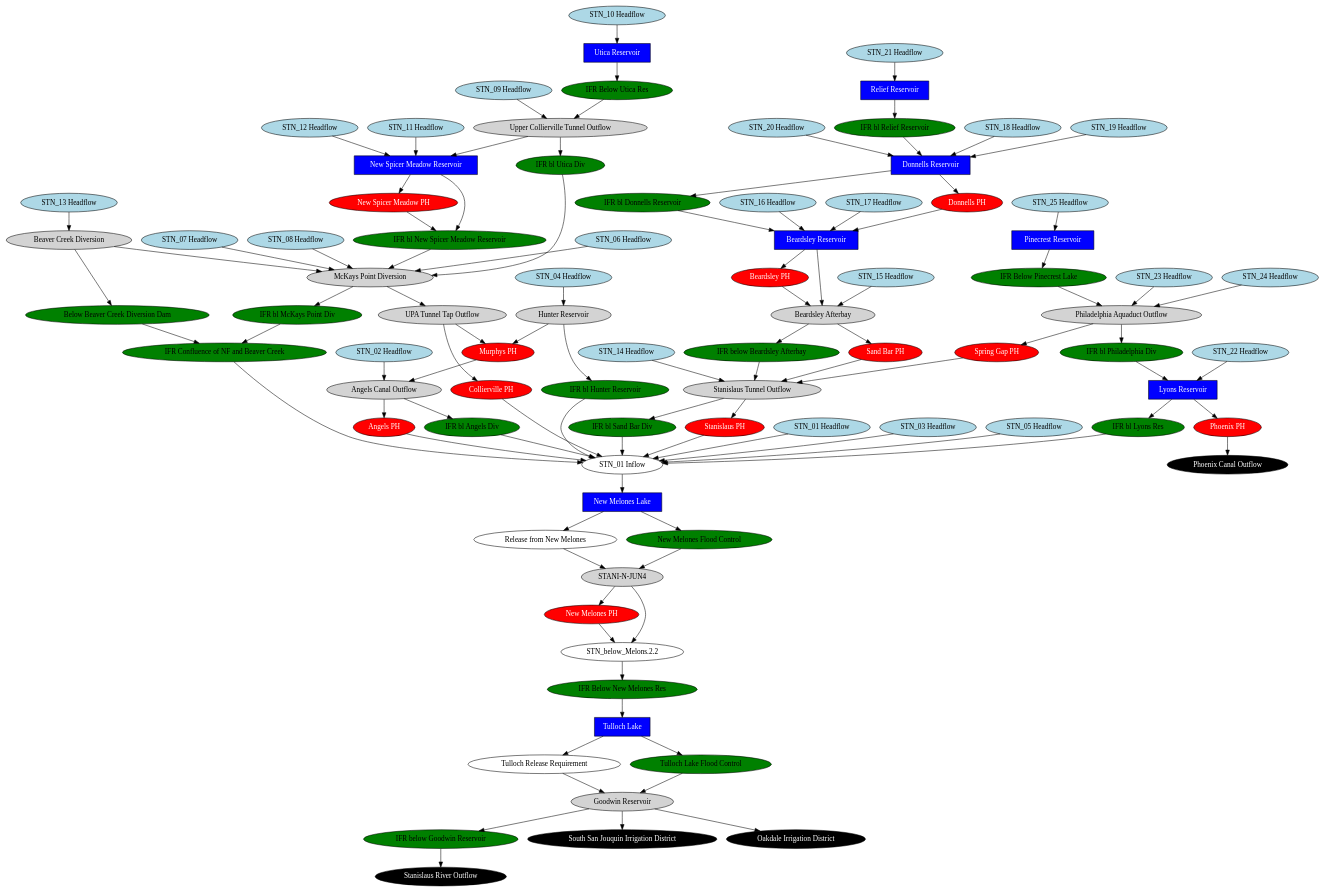
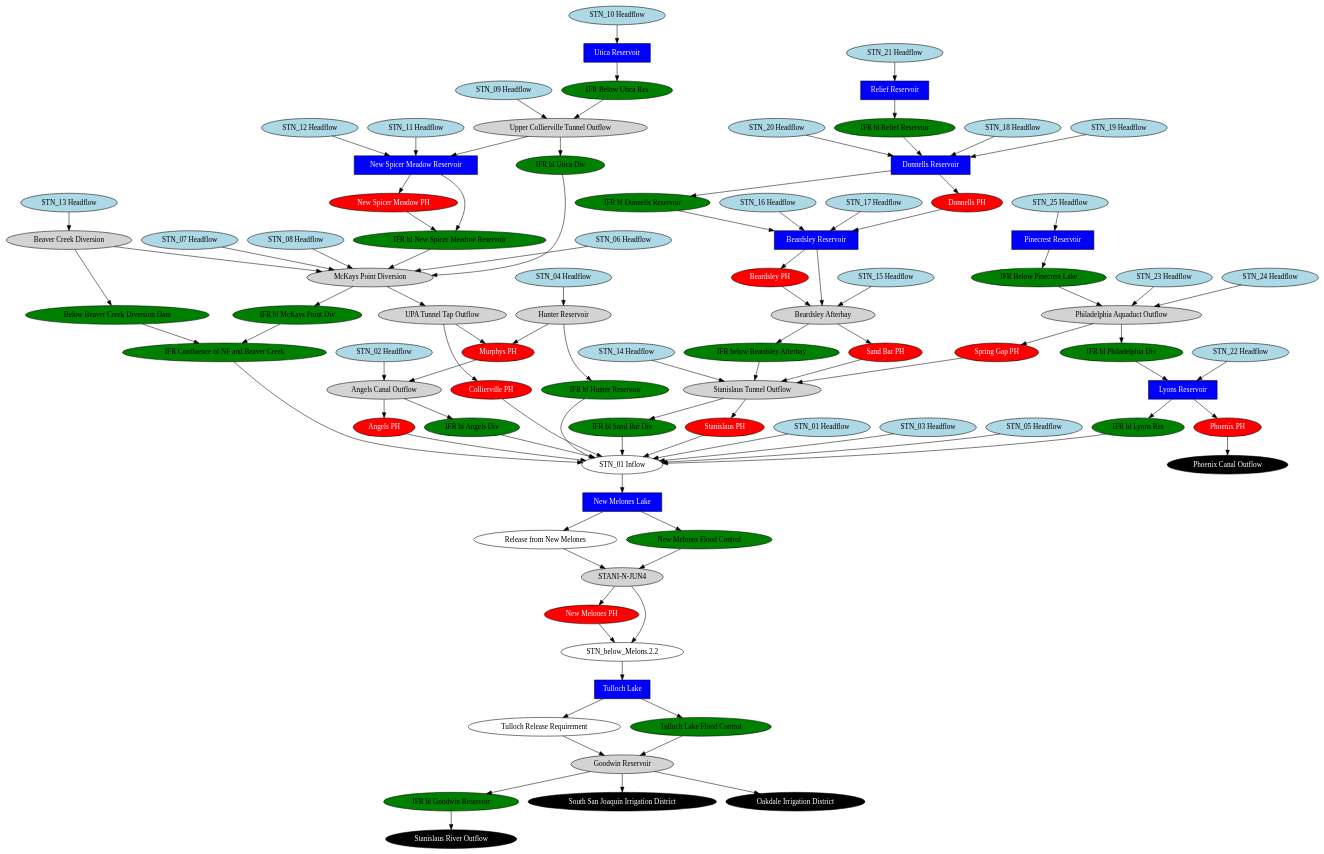
The diagram in stanislaus/stanislaus_schematic_simplified.gv (vicelab/cen-sierra-pywr), drawn with Graphviz before and after one commit. The commit also changed 18 other files, not shown here.

```diff
--- a/stanislaus/stanislaus_schematic_simplified.gv
+++ b/stanislaus/stanislaus_schematic_simplified.gv
@@ -1,183 +1,181 @@
 // stanislaus
 digraph stanislaus {
 	"Angels PH" [fillcolor=red fontcolor=white shape=oval style=filled]
 	"Angels Canal Outflow" [fillcolor=lightgrey fontcolor=black shape=oval style=filled]
 	"Beardsley Reservoir" [fillcolor=blue fontcolor=white shape=rect style=filled]
 	"Beardsley PH" [fillcolor=red fontcolor=white shape=oval style=filled]
 	"Beaver Creek Diversion" [fillcolor=lightgrey fontcolor=black shape=oval style=filled]
 	"Collierville PH" [fillcolor=red fontcolor=white shape=oval style=filled]
 	"Donnells PH" [fillcolor=red fontcolor=white shape=oval style=filled]
 	"Donnells Reservoir" [fillcolor=blue fontcolor=white shape=rect style=filled]
 	"IFR bl Angels Div" [fillcolor=green fontcolor=black shape=oval style=filled]
 	"IFR bl Donnells Reservoir" [fillcolor=green fontcolor=black shape=oval style=filled]
 	"IFR bl Hunter Reservoir" [fillcolor=green fontcolor=black shape=oval style=filled]
 	"IFR bl Lyons Res" [fillcolor=green fontcolor=black shape=oval style=filled]
 	"IFR bl McKays Point Div" [fillcolor=green fontcolor=black shape=oval style=filled]
 	"IFR bl New Spicer Meadow Reservoir" [fillcolor=green fontcolor=black shape=oval style=filled]
 	"IFR bl Philadelphia Div" [fillcolor=green fontcolor=black shape=oval style=filled]
 	"IFR bl Relief Reservoir" [fillcolor=green fontcolor=black shape=oval style=filled]
 	"IFR bl Sand Bar Div" [fillcolor=green fontcolor=black shape=oval style=filled]
 	"IFR bl Utica Div" [fillcolor=green fontcolor=black shape=oval style=filled]
 	"Below Beaver Creek Diversion Dam" [fillcolor=green fontcolor=black shape=oval style=filled]
 	"IFR Confluence of NF and Beaver Creek" [fillcolor=green fontcolor=black shape=oval style=filled]
-	"IFR Below New Melones Res" [fillcolor=green fontcolor=black shape=oval style=filled]
-	"IFR below Goodwin Reservoir" [fillcolor=green fontcolor=black shape=oval style=filled]
+	"IFR bl Goodwin Reservoir" [fillcolor=green fontcolor=black shape=oval style=filled]
 	"IFR Below Pinecrest Lake" [fillcolor=green fontcolor=black shape=oval style=filled]
 	"IFR Below Utica Res" [fillcolor=green fontcolor=black shape=oval style=filled]
 	"IFR below Beardsley Afterbay" [fillcolor=green fontcolor=black shape=oval style=filled]
 	"Hunter Reservoir" [fillcolor=lightgrey fontcolor=black shape=oval style=filled]
 	"Lyons Reservoir" [fillcolor=blue fontcolor=white shape=rect style=filled]
 	"McKays Point Diversion" [fillcolor=lightgrey fontcolor=black shape=oval style=filled]
 	"Murphys PH" [fillcolor=red fontcolor=white shape=oval style=filled]
 	"New Melones Lake" [fillcolor=blue fontcolor=white shape=rect style=filled]
 	"New Melones PH" [fillcolor=red fontcolor=white shape=oval style=filled]
 	"New Spicer Meadow Reservoir" [fillcolor=blue fontcolor=white shape=rect style=filled]
 	"New Spicer Meadow PH" [fillcolor=red fontcolor=white shape=oval style=filled]
 	"Philadelphia Aquaduct Outflow" [fillcolor=lightgrey fontcolor=black shape=oval style=filled]
 	"Phoenix Canal Outflow" [fillcolor=black fontcolor=white shape=oval style=filled]
 	"Phoenix PH" [fillcolor=red fontcolor=white shape=oval style=filled]
 	"Pinecrest Reservoir" [fillcolor=blue fontcolor=white shape=rect style=filled]
 	"Relief Reservoir" [fillcolor=blue fontcolor=white shape=rect style=filled]
 	"Sand Bar PH" [fillcolor=red fontcolor=white shape=oval style=filled]
 	"Beardsley Afterbay" [fillcolor=lightgrey fontcolor=black shape=oval style=filled]
 	"Spring Gap PH" [fillcolor=red fontcolor=white shape=oval style=filled]
 	"Stanislaus PH" [fillcolor=red fontcolor=white shape=oval style=filled]
 	"Stanislaus Tunnel Outflow" [fillcolor=lightgrey fontcolor=black shape=oval style=filled]
-	"South San Jouquin Irrigation District" [fillcolor=black fontcolor=white shape=oval style=filled]
+	"South San Joaquin Irrigation District" [fillcolor=black fontcolor=white shape=oval style=filled]
 	"Oakdale Irrigation District" [fillcolor=black fontcolor=white shape=oval style=filled]
 	"Stanislaus River Outflow" [fillcolor=black fontcolor=white shape=oval style=filled]
 	"STN_01 Headflow" [fillcolor=lightblue fontcolor=black shape=oval style=filled]
 	"STN_01 Inflow" [fillcolor=white fontcolor=black shape=oval style=filled]
 	"STN_02 Headflow" [fillcolor=lightblue fontcolor=black shape=oval style=filled]
 	"STN_03 Headflow" [fillcolor=lightblue fontcolor=black shape=oval style=filled]
 	"STN_04 Headflow" [fillcolor=lightblue fontcolor=black shape=oval style=filled]
 	"STN_05 Headflow" [fillcolor=lightblue fontcolor=black shape=oval style=filled]
 	"STN_06 Headflow" [fillcolor=lightblue fontcolor=black shape=oval style=filled]
 	"STN_07 Headflow" [fillcolor=lightblue fontcolor=black shape=oval style=filled]
 	"STN_08 Headflow" [fillcolor=lightblue fontcolor=black shape=oval style=filled]
 	"STN_09 Headflow" [fillcolor=lightblue fontcolor=black shape=oval style=filled]
 	"STN_10 Headflow" [fillcolor=lightblue fontcolor=black shape=oval style=filled]
 	"STN_11 Headflow" [fillcolor=lightblue fontcolor=black shape=oval style=filled]
 	"STN_12 Headflow" [fillcolor=lightblue fontcolor=black shape=oval style=filled]
 	"STN_13 Headflow" [fillcolor=lightblue fontcolor=black shape=oval style=filled]
 	"STN_14 Headflow" [fillcolor=lightblue fontcolor=black shape=oval style=filled]
 	"STN_15 Headflow" [fillcolor=lightblue fontcolor=black shape=oval style=filled]
 	"STN_16 Headflow" [fillcolor=lightblue fontcolor=black shape=oval style=filled]
 	"STN_17 Headflow" [fillcolor=lightblue fontcolor=black shape=oval style=filled]
 	"STN_18 Headflow" [fillcolor=lightblue fontcolor=black shape=oval style=filled]
 	"STN_19 Headflow" [fillcolor=lightblue fontcolor=black shape=oval style=filled]
 	"STN_20 Headflow" [fillcolor=lightblue fontcolor=black shape=oval style=filled]
 	"STN_21 Headflow" [fillcolor=lightblue fontcolor=black shape=oval style=filled]
 	"STN_22 Headflow" [fillcolor=lightblue fontcolor=black shape=oval style=filled]
 	"STN_23 Headflow" [fillcolor=lightblue fontcolor=black shape=oval style=filled]
 	"STN_24 Headflow" [fillcolor=lightblue fontcolor=black shape=oval style=filled]
 	"STN_25 Headflow" [fillcolor=lightblue fontcolor=black shape=oval style=filled]
 	"Tulloch Lake" [fillcolor=blue fontcolor=white shape=rect style=filled]
 	"Tulloch Release Requirement" [fillcolor=white fontcolor=black shape=oval style=filled]
 	"Tulloch Lake Flood Control" [fillcolor=green fontcolor=black shape=oval style=filled]
 	"Goodwin Reservoir" [fillcolor=lightgrey fontcolor=black shape=oval style=filled]
 	"Utica Reservoir" [fillcolor=blue fontcolor=white shape=rect style=filled]
 	"UPA Tunnel Tap Outflow" [fillcolor=lightgrey fontcolor=black shape=oval style=filled]
 	"Upper Collierville Tunnel Outflow" [fillcolor=lightgrey fontcolor=black shape=oval style=filled]
 	"Release from New Melones" [fillcolor=white fontcolor=black shape=oval style=filled]
 	"New Melones Flood Control" [fillcolor=green fontcolor=black shape=oval style=filled]
 	"STN_below_Melons.2.2" [fillcolor=white fontcolor=black shape=oval style=filled]
 	"STANI-N-JUN4" [fillcolor=lightgrey fontcolor=black shape=oval style=filled]
 	"Angels Canal Outflow" -> "Angels PH"
 	"Angels Canal Outflow" -> "IFR bl Angels Div"
 	"Donnells Reservoir" -> "Donnells PH"
 	"Donnells Reservoir" -> "IFR bl Donnells Reservoir"
 	"Upper Collierville Tunnel Outflow" -> "IFR bl Utica Div"
 	"McKays Point Diversion" -> "UPA Tunnel Tap Outflow"
 	"Hunter Reservoir" -> "IFR bl Hunter Reservoir"
 	"New Spicer Meadow Reservoir" -> "New Spicer Meadow PH"
 	"Philadelphia Aquaduct Outflow" -> "Spring Gap PH"
 	"Pinecrest Reservoir" -> "IFR Below Pinecrest Lake"
 	"Relief Reservoir" -> "IFR bl Relief Reservoir"
 	"Beardsley Afterbay" -> "Sand Bar PH"
 	"Stanislaus Tunnel Outflow" -> "Stanislaus PH"
 	"STN_01 Headflow" -> "STN_01 Inflow"
 	"McKays Point Diversion" -> "IFR bl McKays Point Div"
 	"Utica Reservoir" -> "IFR Below Utica Res"
 	"Beardsley Afterbay" -> "IFR below Beardsley Afterbay"
 	"Beardsley Reservoir" -> "Beardsley PH"
 	"UPA Tunnel Tap Outflow" -> "Collierville PH"
 	"Stanislaus Tunnel Outflow" -> "IFR bl Sand Bar Div"
 	"Lyons Reservoir" -> "IFR bl Lyons Res"
 	"Goodwin Reservoir" -> "Oakdale Irrigation District"
-	"Goodwin Reservoir" -> "IFR below Goodwin Reservoir"
-	"STN_below_Melons.2.2" -> "IFR Below New Melones Res"
-	"Goodwin Reservoir" -> "South San Jouquin Irrigation District"
+	"Goodwin Reservoir" -> "South San Joaquin Irrigation District"
+	"Goodwin Reservoir" -> "IFR bl Goodwin Reservoir"
 	"STN_01 Inflow" -> "New Melones Lake"
 	"Angels PH" -> "STN_01 Inflow"
 	"IFR bl Angels Div" -> "STN_01 Inflow"
 	"Below Beaver Creek Diversion Dam" -> "IFR Confluence of NF and Beaver Creek"
 	"Beaver Creek Diversion" -> "Below Beaver Creek Diversion Dam"
 	"IFR bl McKays Point Div" -> "IFR Confluence of NF and Beaver Creek"
 	"Beaver Creek Diversion" -> "McKays Point Diversion"
 	"Phoenix PH" -> "Phoenix Canal Outflow"
 	"New Spicer Meadow Reservoir" -> "IFR bl New Spicer Meadow Reservoir"
 	"New Spicer Meadow PH" -> "IFR bl New Spicer Meadow Reservoir"
 	"Sand Bar PH" -> "Stanislaus Tunnel Outflow"
 	"Philadelphia Aquaduct Outflow" -> "IFR bl Philadelphia Div"
 	"IFR bl Lyons Res" -> "STN_01 Inflow"
-	"IFR below Goodwin Reservoir" -> "Stanislaus River Outflow"
+	"IFR bl Goodwin Reservoir" -> "Stanislaus River Outflow"
 	"STN_02 Headflow" -> "Angels Canal Outflow"
 	"Murphys PH" -> "Angels Canal Outflow"
 	"STN_03 Headflow" -> "STN_01 Inflow"
 	"IFR bl Sand Bar Div" -> "STN_01 Inflow"
 	"IFR bl Hunter Reservoir" -> "STN_01 Inflow"
 	"STN_04 Headflow" -> "Hunter Reservoir"
 	"STN_05 Headflow" -> "STN_01 Inflow"
 	"IFR Confluence of NF and Beaver Creek" -> "STN_01 Inflow"
 	"STN_06 Headflow" -> "McKays Point Diversion"
 	"STN_07 Headflow" -> "McKays Point Diversion"
 	"IFR bl New Spicer Meadow Reservoir" -> "McKays Point Diversion"
 	"STN_08 Headflow" -> "McKays Point Diversion"
 	"IFR bl Utica Div" -> "McKays Point Diversion"
 	"STN_09 Headflow" -> "Upper Collierville Tunnel Outflow"
 	"IFR Below Utica Res" -> "Upper Collierville Tunnel Outflow"
 	"STN_10 Headflow" -> "Utica Reservoir"
 	"STN_11 Headflow" -> "New Spicer Meadow Reservoir"
 	"STN_13 Headflow" -> "Beaver Creek Diversion"
 	"STN_14 Headflow" -> "Stanislaus Tunnel Outflow"
 	"IFR below Beardsley Afterbay" -> "Stanislaus Tunnel Outflow"
 	"STN_15 Headflow" -> "Beardsley Afterbay"
 	"Beardsley Reservoir" -> "Beardsley Afterbay"
 	"Beardsley PH" -> "Beardsley Afterbay"
 	"STN_16 Headflow" -> "Beardsley Reservoir"
 	"IFR bl Donnells Reservoir" -> "Beardsley Reservoir"
 	"STN_17 Headflow" -> "Beardsley Reservoir"
 	"STN_18 Headflow" -> "Donnells Reservoir"
 	"STN_19 Headflow" -> "Donnells Reservoir"
 	"STN_21 Headflow" -> "Relief Reservoir"
 	"IFR bl Philadelphia Div" -> "Lyons Reservoir"
 	"STN_22 Headflow" -> "Lyons Reservoir"
 	"STN_23 Headflow" -> "Philadelphia Aquaduct Outflow"
 	"IFR Below Pinecrest Lake" -> "Philadelphia Aquaduct Outflow"
 	"STN_24 Headflow" -> "Philadelphia Aquaduct Outflow"
 	"STN_25 Headflow" -> "Pinecrest Reservoir"
 	"IFR bl Relief Reservoir" -> "Donnells Reservoir"
 	"STN_20 Headflow" -> "Donnells Reservoir"
 	"Hunter Reservoir" -> "Murphys PH"
 	"UPA Tunnel Tap Outflow" -> "Murphys PH"
 	"STN_12 Headflow" -> "New Spicer Meadow Reservoir"
 	"Donnells PH" -> "Beardsley Reservoir"
 	"Upper Collierville Tunnel Outflow" -> "New Spicer Meadow Reservoir"
 	"Collierville PH" -> "STN_01 Inflow"
 	"Stanislaus PH" -> "STN_01 Inflow"
 	"Spring Gap PH" -> "Stanislaus Tunnel Outflow"
 	"Lyons Reservoir" -> "Phoenix PH"
 	"New Melones Lake" -> "Release from New Melones"
 	"New Melones Lake" -> "New Melones Flood Control"
 	"Release from New Melones" -> "STANI-N-JUN4"
 	"New Melones Flood Control" -> "STANI-N-JUN4"
 	"STANI-N-JUN4" -> "New Melones PH"
 	"Tulloch Lake" -> "Tulloch Release Requirement"
 	"Tulloch Lake" -> "Tulloch Lake Flood Control"
 	"Tulloch Release Requirement" -> "Goodwin Reservoir"
 	"Tulloch Lake Flood Control" -> "Goodwin Reservoir"
-	"IFR Below New Melones Res" -> "Tulloch Lake"
+	"STN_below_Melons.2.2" -> "Tulloch Lake"
 	"New Melones PH" -> "STN_below_Melons.2.2"
 	"STANI-N-JUN4" -> "STN_below_Melons.2.2"
 }
```
